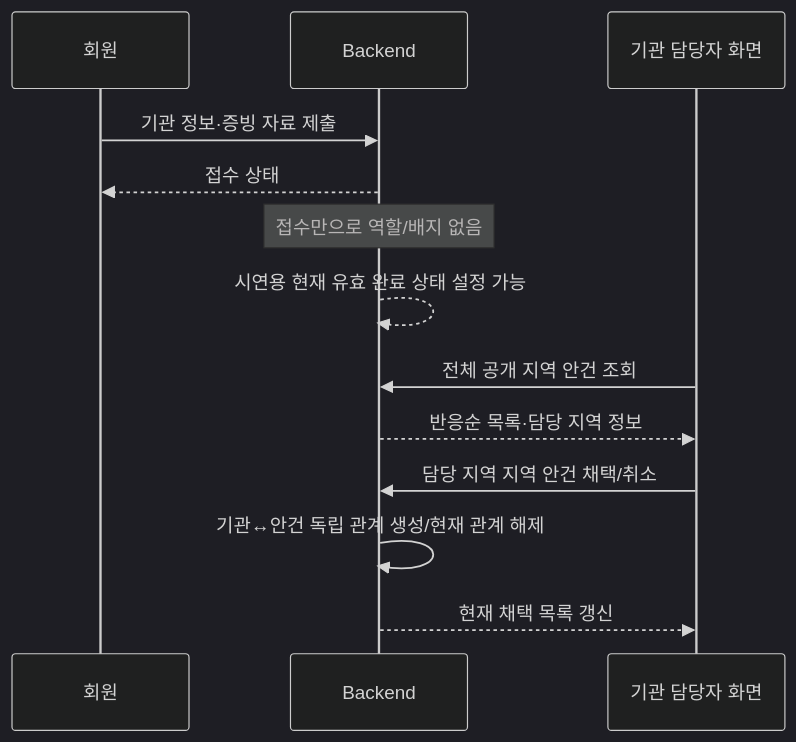
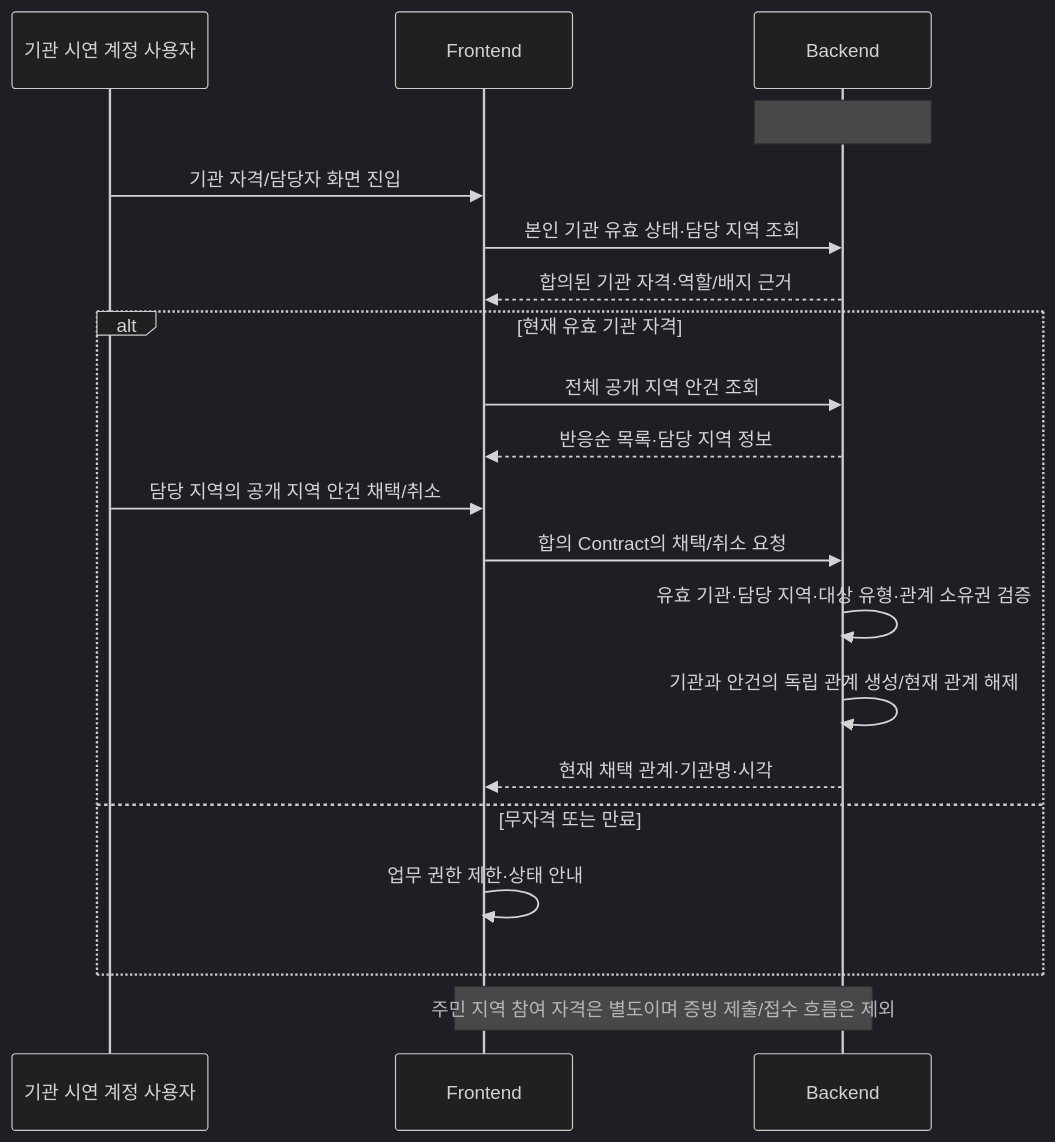
One commit to 2026-KW-HACKATHON/33_Last-Stand-Before-Enlistment changed the eighth of 8 diagrams in docs/specs/Discushion_MVP_백엔드_프론트엔드_통합_지침서.md. Above: the diagram before and after it, drawn with Mermaid (dark theme). The commit also changed other lines of this file and 8 other files, not shown here.

````diff
--- a/docs/specs/Discushion_MVP_백엔드_프론트엔드_통합_지침서.md
+++ b/docs/specs/Discushion_MVP_백엔드_프론트엔드_통합_지침서.md
@@ -446,15 +584,22 @@
 ```mermaid
 sequenceDiagram
-  participant U as 회원
+  participant U as 기관 시연 계정 사용자
+  participant FE as Frontend
   participant BE as Backend
-  participant I as 기관 담당자 화면
-  U->>BE: 기관 정보·증빙 자료 제출
-  BE-->>U: 접수 상태
-  Note over BE: 접수만으로 역할/배지 없음
-  BE-->>BE: 시연용 현재 유효 완료 상태 설정 가능
-  I->>BE: 전체 공개 지역 안건 조회
-  BE-->>I: 반응순 목록·담당 지역 정보
-  I->>BE: 담당 지역 지역 안건 채택/취소
-  BE->>BE: 기관↔안건 독립 관계 생성/현재 관계 해제
-  BE-->>I: 현재 채택 목록 갱신
+  Note over BE: #75에서 기관 정본·담당 지역·유효기간/완료 상태 준비
+  U->>FE: 기관 자격/담당자 화면 진입
+  FE->>BE: 본인 기관 유효 상태·담당 지역 조회
+  BE-->>FE: 합의된 기관 자격·역할/배지 근거
+  alt 현재 유효 기관 자격
+    FE->>BE: 전체 공개 지역 안건 조회
+    BE-->>FE: 반응순 목록·담당 지역 정보
+    U->>FE: 담당 지역의 공개 지역 안건 채택/취소
+    FE->>BE: 합의 Contract의 채택/취소 요청
+    BE->>BE: 유효 기관·담당 지역·대상 유형·관계 소유권 검증
+    BE->>BE: 기관과 안건의 독립 관계 생성/현재 관계 해제
+    BE-->>FE: 현재 채택 관계·기관명·시각
+  else 무자격 또는 만료
+    FE->>FE: 업무 권한 제한·상태 안내
+  end
+  Note over FE,BE: 주민 지역 참여 자격은 별도이며 증빙 제출/접수 흐름은 제외
 ```
````
